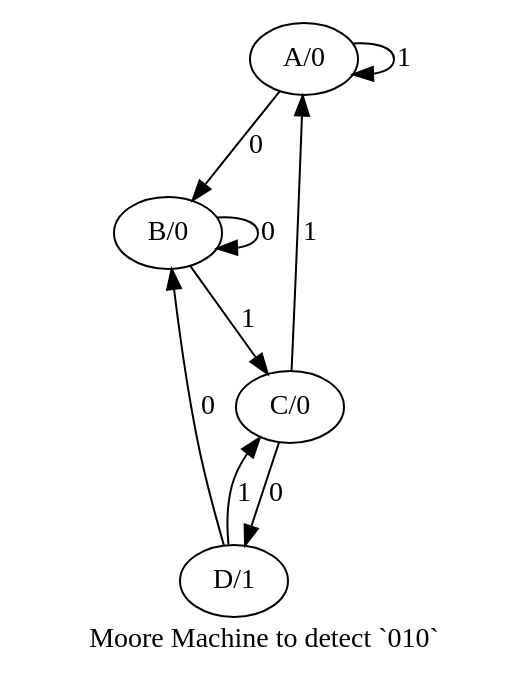
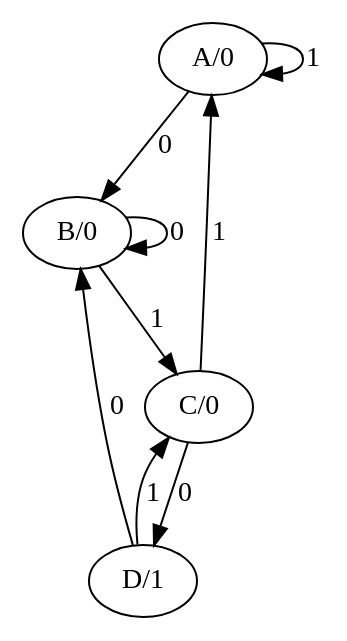
The diagram in seq2fsm/output/moore_fsm_for_010.dot (say4n/fsmutil), drawn with Graphviz before and after one commit. The commit also changed 19 other files, not shown here.

```diff
--- a/seq2fsm/output/moore_fsm_for_010.dot
+++ b/seq2fsm/output/moore_fsm_for_010.dot
@@ -1,19 +1,14 @@
-digraph "" {
-	graph [label="Moore Machine to detect `010`"];
-	"A/0" -> "A/0" [key=0,
-	label=1];
-"A/0" -> "B/0" [key=0,
-label=0];
-"B/0" -> "B/0" [key=0,
-label=0];
-"B/0" -> "C/0" [key=0,
-label=1];
-"C/0" -> "A/0" [key=0,
-label=1];
-"C/0" -> "D/1" [key=0,
-label=0];
-"D/1" -> "B/0" [key=0,
-label=0];
-"D/1" -> "C/0" [key=0,
-label=1];
+digraph  {
+"A/0";
+"B/0";
+"C/0";
+"D/1";
+"A/0" -> "B/0"  [key=0, label=0];
+"A/0" -> "A/0"  [key=0, label=1];
+"B/0" -> "B/0"  [key=0, label=0];
+"B/0" -> "C/0"  [key=0, label=1];
+"C/0" -> "A/0"  [key=0, label=1];
+"C/0" -> "D/1"  [key=0, label=0];
+"D/1" -> "B/0"  [key=0, label=0];
+"D/1" -> "C/0"  [key=0, label=1];
 }
```
